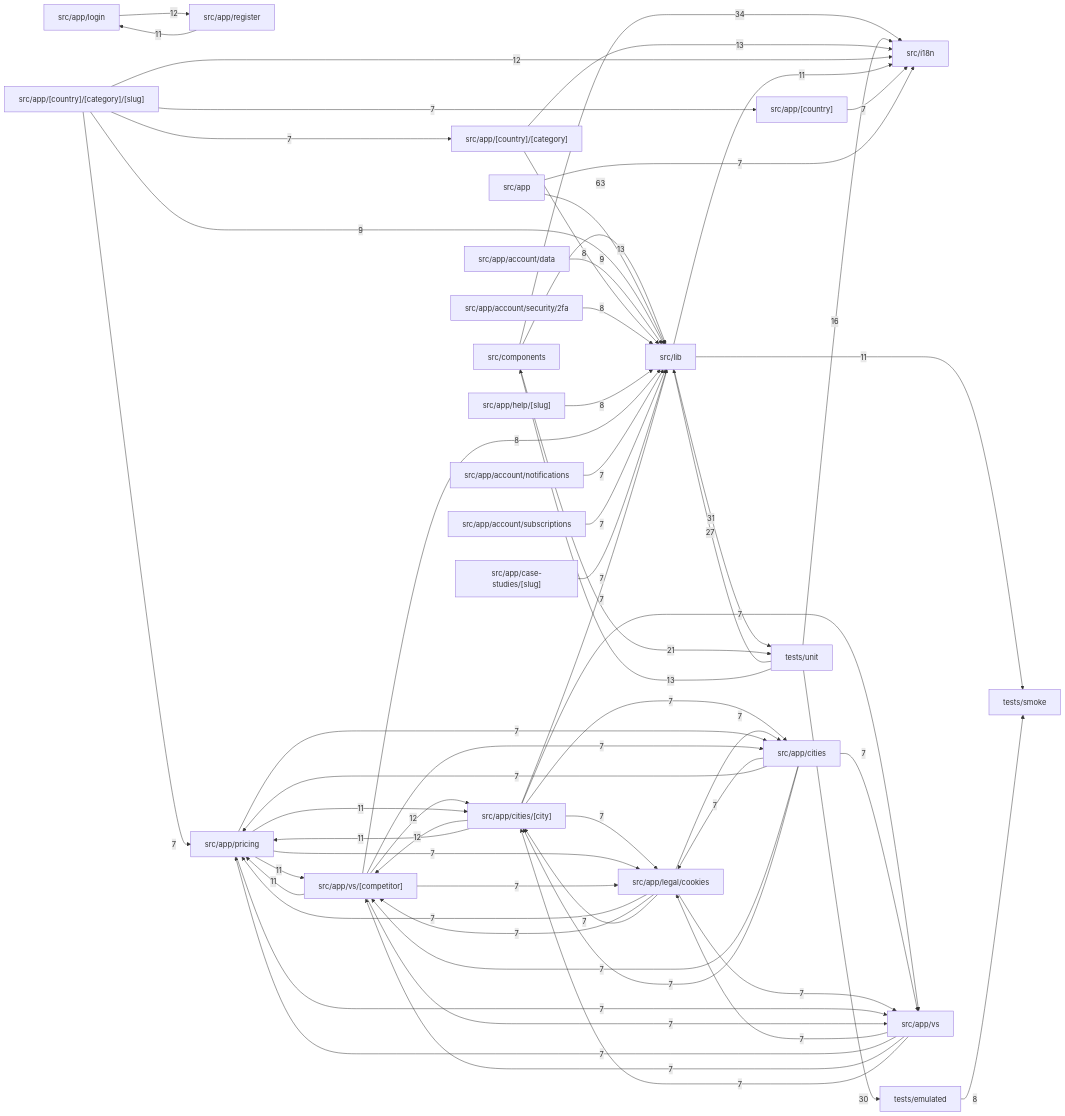
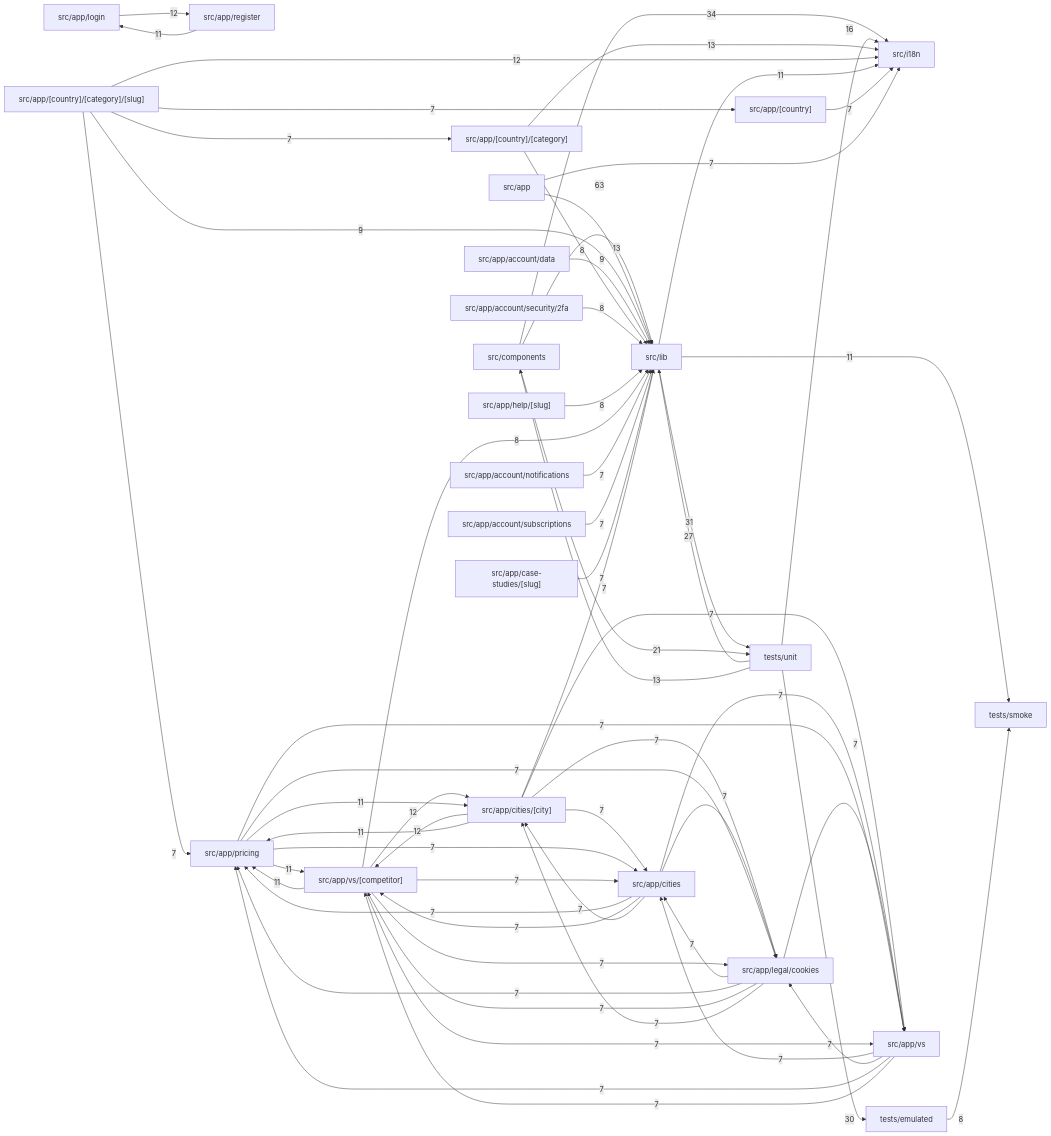
One commit to Viralefy/viralefy_archive changed the diagram in index/INDEX_FUNCTIONS_viralefy_front.md. Above: the diagram before and after it, drawn with Mermaid. The commit also changed other lines of this file and 4 other files, not shown here.

````diff
--- a/index/INDEX_FUNCTIONS_viralefy_front.md
+++ b/index/INDEX_FUNCTIONS_viralefy_front.md
@@ -40,9 +40,9 @@
   m18["src/app/account/notifications"]
   m19["src/app/account/subscriptions"]
   m20["src/app/case-studies/[slug]"]
-  m21["src/app/legal/cookies"]
-  m22["src/app/vs"]
-  m23["src/app/cities"]
+  m21["src/app/cities"]
+  m22["src/app/legal/cookies"]
+  m23["src/app/vs"]
   m0 -->|63| m1
   m0 -->|34| m2
   m1 -->|31| m3
@@ -82,25 +82,25 @@
   m8 -->|7| m22
   m8 -->|7| m23
   m8 -->|7| m1
-  m23 -->|7| m21
-  m23 -->|7| m12
-  m23 -->|7| m9
-  m23 -->|7| m22
-  m23 -->|7| m8
-  m21 -->|7| m23
+  m21 -->|7| m22
   m21 -->|7| m12
   m21 -->|7| m9
-  m21 -->|7| m22
+  m21 -->|7| m23
   m21 -->|7| m8
-  m6 -->|7| m2
-  m12 -->|7| m23
-  m12 -->|7| m21
-  m12 -->|7| m22
-  m9 -->|7| m23
-  m9 -->|7| m21
-  m9 -->|7| m22
   m22 -->|7| m21
   m22 -->|7| m12
   m22 -->|7| m9
+  m22 -->|7| m23
   m22 -->|7| m8
+  m6 -->|7| m2
+  m12 -->|7| m21
+  m12 -->|7| m22
+  m12 -->|7| m23
+  m9 -->|7| m21
+  m9 -->|7| m22
+  m9 -->|7| m23
+  m23 -->|7| m21
+  m23 -->|7| m22
+  m23 -->|7| m12
+  m23 -->|7| m9
 ```
````
